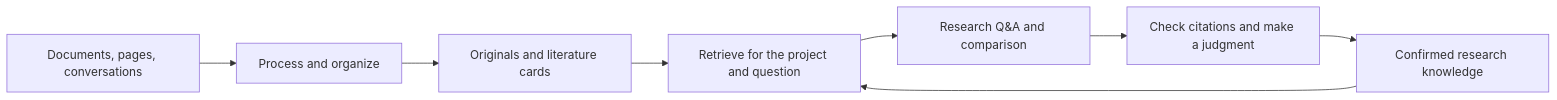
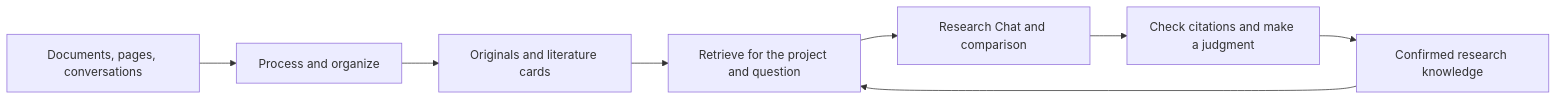
The diagram in README.md (KuchinashiYume/Memorive), drawn with Mermaid before and after one commit. The commit also changed other lines of this file and 23 other files, not shown here.

First line of the commit message:
Docs and notes call 研究问答 Research Chat and 研究チャット, as the interface does

````diff
--- a/README.md
+++ b/README.md
@@ -108,10 +108,10 @@
 ```mermaid
 flowchart LR
   sources[Documents, pages, conversations] --> processing[Process and organize]
   processing --> library[Originals and literature cards]
   library --> retrieval[Retrieve for the project and question]
-  retrieval --> answer[Research Q&A and comparison]
+  retrieval --> answer[Research Chat and comparison]
   answer --> check[Check citations and make a judgment]
   check --> knowledge[Confirmed research knowledge]
   knowledge --> retrieval
 ```
````
